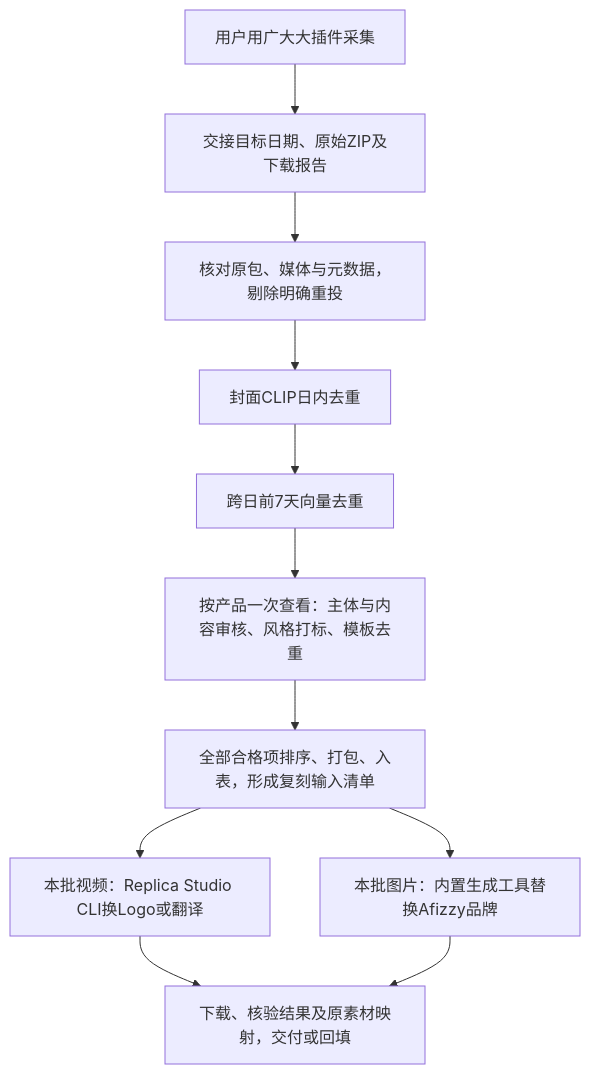
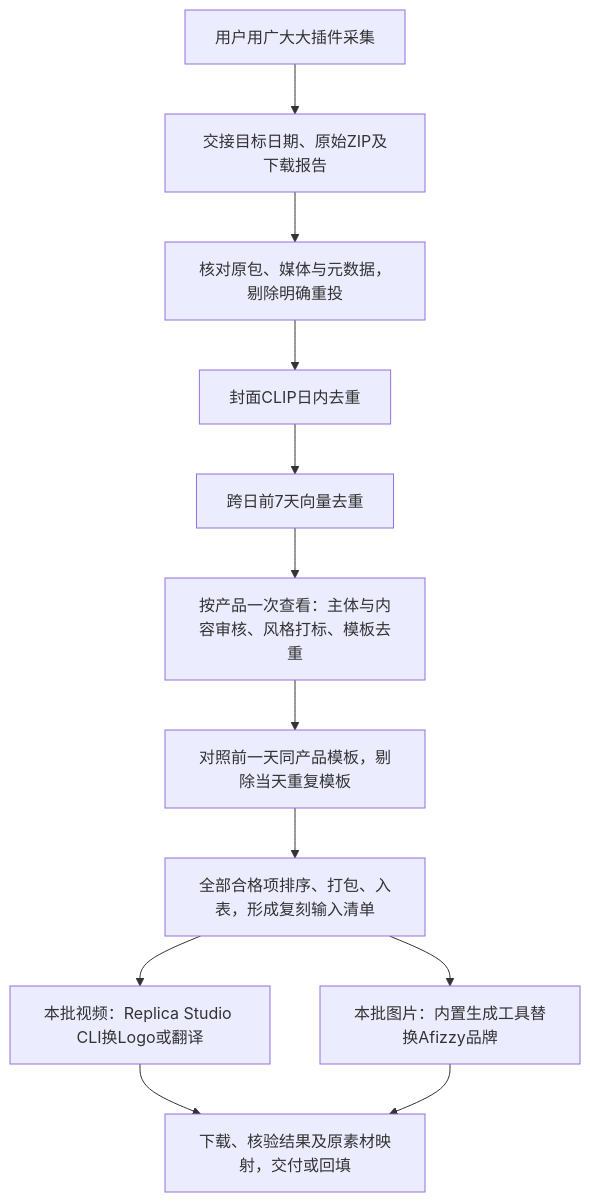
Before and after one commit to Olivr-HZK/ai-: the diagram in docs/afizzy-material-workflow.md, drawn with Mermaid. The commit also changed other lines of this file and 9 other files, not shown here.

````diff
--- a/docs/afizzy-material-workflow.md
+++ b/docs/afizzy-material-workflow.md
@@ -13,13 +13,14 @@
 ```mermaid
 flowchart TD
     A[用户用广大大插件采集] --> B[交接目标日期、原始ZIP及下载报告]
     B --> C[核对原包、媒体与元数据，剔除明确重投]
     C --> D[封面CLIP日内去重]
     D --> E[跨日前7天向量去重]
     E --> F[按产品一次查看：主体与内容审核、风格打标、模板去重]
-    F --> G[全部合格项排序、打包、入表，形成复刻输入清单]
+    F --> K[对照前一天同产品模板，剔除当天重复模板]
+    K --> G[全部合格项排序、打包、入表，形成复刻输入清单]
     G --> H[本批视频：Replica Studio CLI换Logo或翻译]
     G --> J[本批图片：内置生成工具替换Afizzy品牌]
     H --> I[下载、核验结果及原素材映射，交付或回填]
     J --> I
 ```
````
